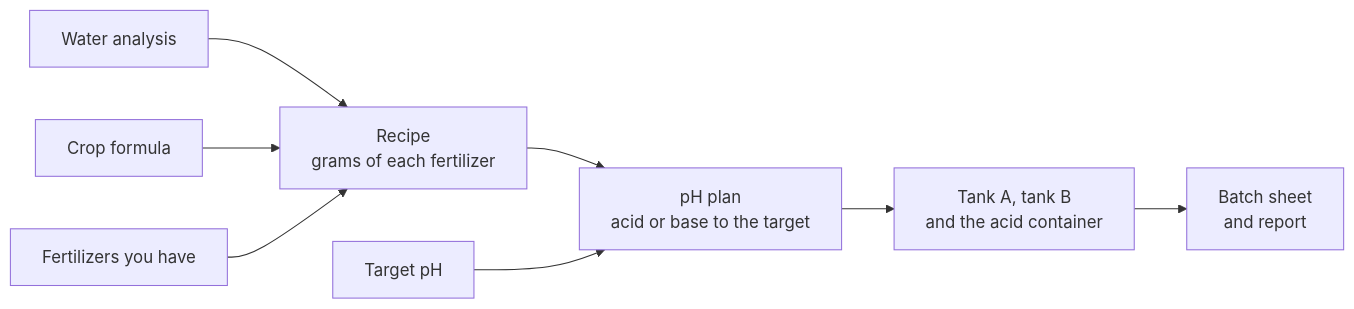
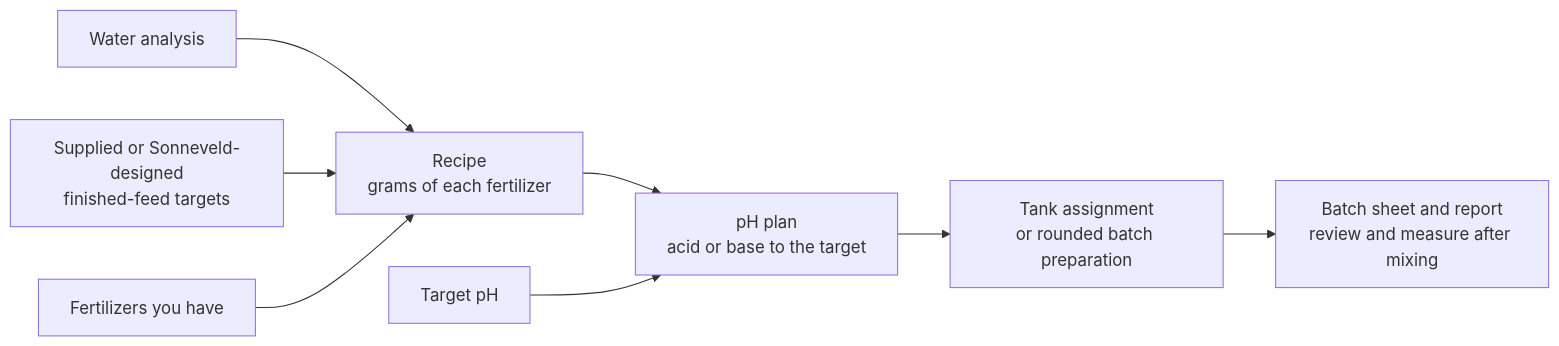
The diagram in docs/site/index.md (rafatahmed/Flahax), drawn with Mermaid before and after one commit. The commit also changed other lines of this file and 9 other files, not shown here.

````diff
--- a/docs/site/index.md
+++ b/docs/site/index.md
@@ -21,13 +29,13 @@
 ```{mermaid}
 ---
 caption: From your water to your tanks
 ---
 flowchart LR
     W[Water analysis] --> R[Recipe<br/>grams of each fertilizer]
-    F[Crop formula] --> R
+    F[Supplied or Sonneveld-designed<br/>finished-feed targets] --> R
     P[Fertilizers you have] --> R
     R --> H[pH plan<br/>acid or base to the target]
     T[Target pH] --> H
-    H --> K[Tank A, tank B<br/>and the acid container]
-    K --> S[Batch sheet<br/>and report]
+    H --> K[Tank assignment<br/>or rounded batch preparation]
+    K --> S[Batch sheet and report<br/>review and measure after mixing]
 ```
````
